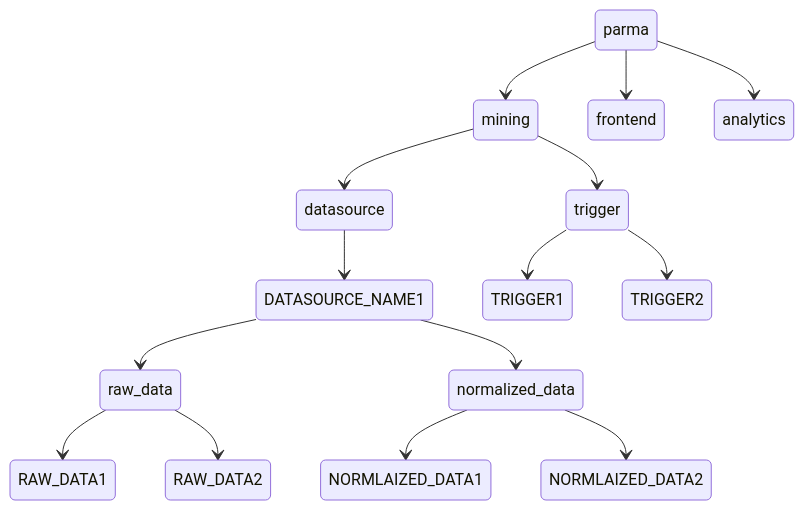
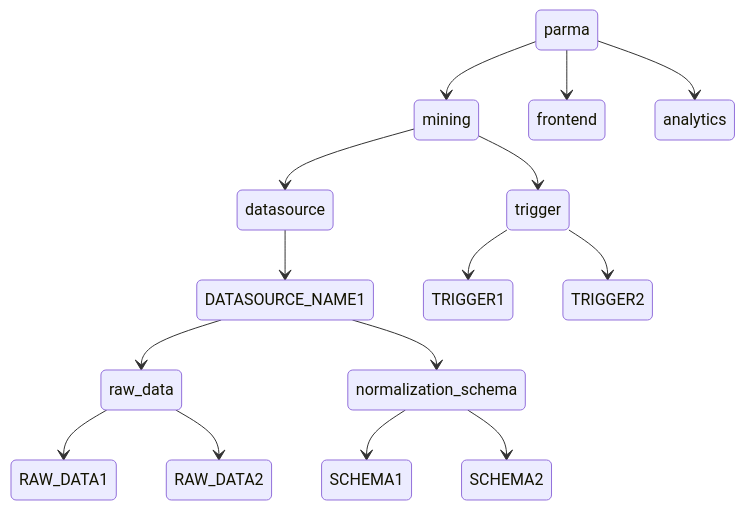
The second of 3 diagrams in parma_analytics/db/mining/README.md (la-famiglia-jst2324/parma-analytics), drawn with Mermaid before and after one commit. The commit also changed other lines of this file and 7 other files, not shown here.

````diff
--- a/parma_analytics/db/mining/README.md
+++ b/parma_analytics/db/mining/README.md
@@ -39,21 +39,21 @@
 ```mermaid
 stateDiagram-v2
     parma --> mining
         mining --> datasource
         mining --> trigger
         datasource --> DATASOURCE_NAME1
         DATASOURCE_NAME1 --> raw_data
-        DATASOURCE_NAME1 --> normalized_data
+        DATASOURCE_NAME1 --> normalization_schema
 
             raw_data --> RAW_DATA1
             raw_data --> RAW_DATA2
 
-            normalized_data --> NORMLAIZED_DATA1
-            normalized_data --> NORMLAIZED_DATA2
+            normalization_schema --> SCHEMA1
+            normalization_schema --> SCHEMA2
 
         trigger --> TRIGGER1
         trigger --> TRIGGER2
 
     parma --> frontend
     parma --> analytics
 ```
````
